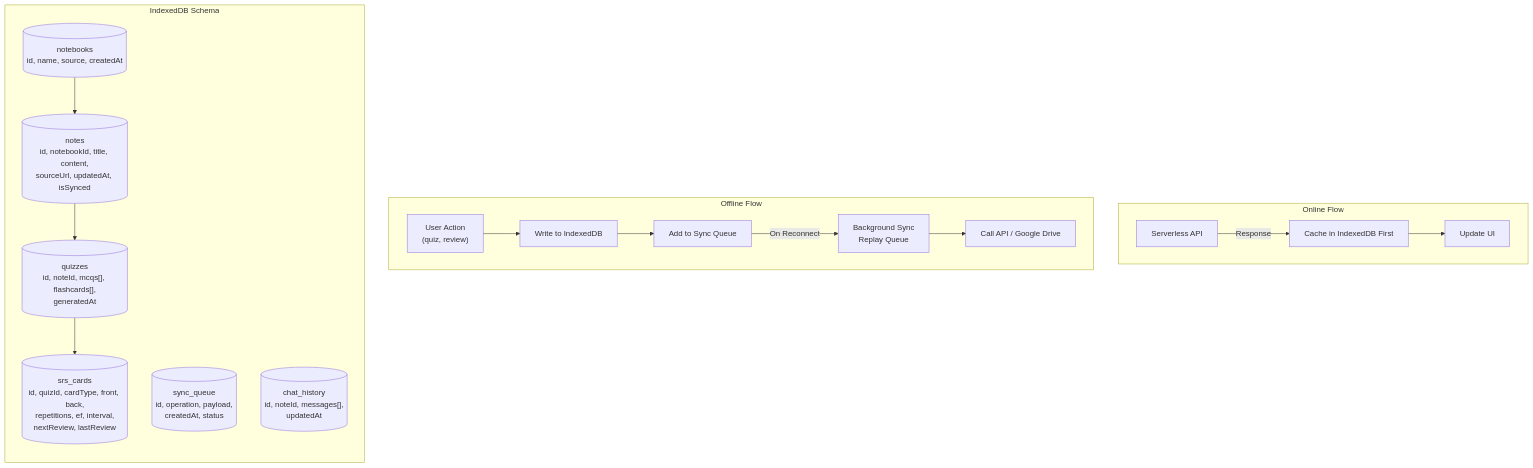
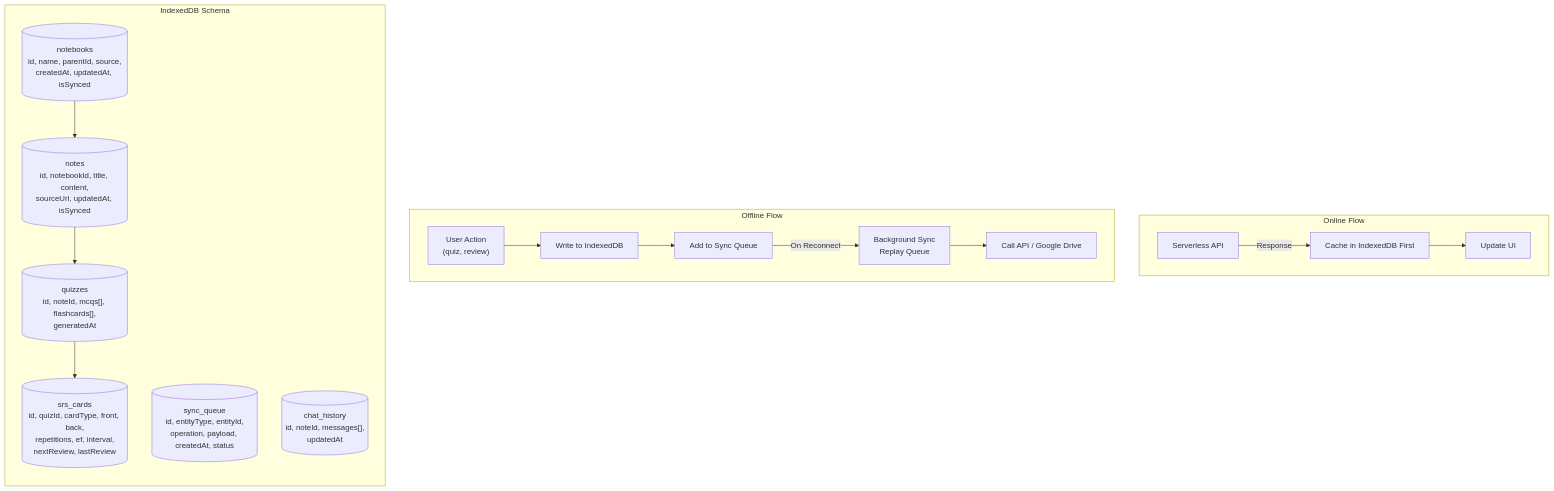
The fourth of 8 diagrams in documentation/design/high_level/02_system_architecture.md (Strider221B/synapse-sync), drawn with Mermaid before and after one commit. The commit also changed other lines of this file and 24 other files, not shown here.

````diff
--- a/documentation/design/high_level/02_system_architecture.md
+++ b/documentation/design/high_level/02_system_architecture.md
@@ -222,30 +222,30 @@
 ```mermaid
 graph TB
     subgraph "Online Flow"
         direction LR
         API["Serverless API"] -->|Response| CACHE_FIRST["Cache in IndexedDB First"]
         CACHE_FIRST --> UI_UPDATE["Update UI"]
     end
 
     subgraph "Offline Flow"
         direction LR
         USER_ACTION["User Action<br/>(quiz, review)"] --> LOCAL_WRITE["Write to IndexedDB"]
         LOCAL_WRITE --> QUEUE["Add to Sync Queue"]
         QUEUE -->|On Reconnect| BG_SYNC_REPLAY["Background Sync<br/>Replay Queue"]
         BG_SYNC_REPLAY --> API_SYNC["Call API / Google Drive"]
     end
 
     subgraph "IndexedDB Schema"
         direction TB
-        NOTEBOOKS[("notebooks<br/>id, name, source, createdAt")]
+        NOTEBOOKS[("notebooks<br/>id, name, parentId, source,<br/>createdAt, updatedAt, isSynced")]
         NOTES_TBL[("notes<br/>id, notebookId, title, content,<br/>sourceUrl, updatedAt, isSynced")]
         QUIZZES[("quizzes<br/>id, noteId, mcqs[], flashcards[],<br/>generatedAt")]
         SRS_STATE[("srs_cards<br/>id, quizId, cardType, front, back,<br/>repetitions, ef, interval,<br/>nextReview, lastReview")]
-        SYNC_QUEUE_TBL[("sync_queue<br/>id, operation, payload,<br/>createdAt, status")]
+        SYNC_QUEUE_TBL[("sync_queue<br/>id, entityType, entityId,<br/>operation, payload, createdAt, status")]
         CHAT_HIST[("chat_history<br/>id, noteId, messages[],<br/>updatedAt")]
     end
 
     NOTEBOOKS --> NOTES_TBL
     NOTES_TBL --> QUIZZES
     QUIZZES --> SRS_STATE
 ```
````
